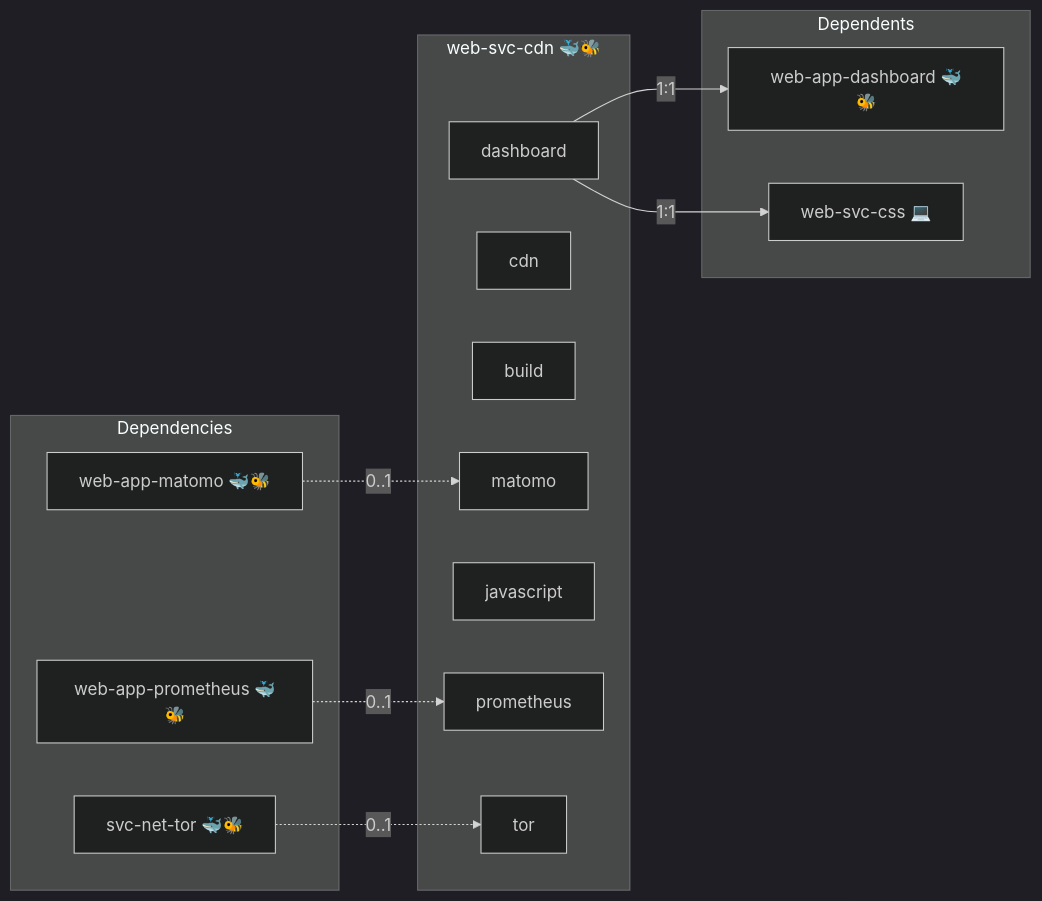
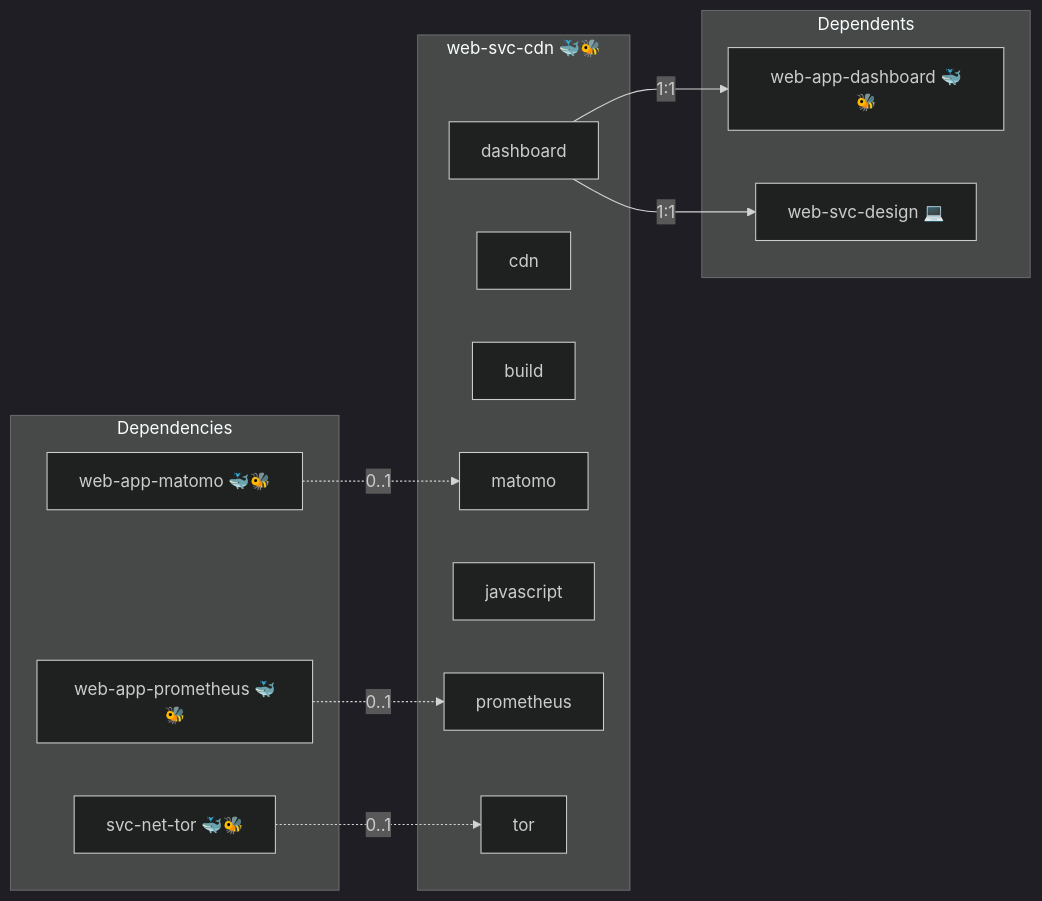
One commit to infinito-nexus/core changed the diagram in roles/web-svc-cdn/README.md. Above: the diagram before and after it, drawn with Mermaid (dark theme). The commit also changed 437 other files, not shown here.

````diff
--- a/roles/web-svc-cdn/README.md
+++ b/roles/web-svc-cdn/README.md
@@ -17,26 +17,26 @@
 ```mermaid
 flowchart LR
     subgraph deps [Dependencies]
         dep_svc_net_tor["svc-net-tor 🐳🐝"]
         dep_web_app_matomo["web-app-matomo 🐳🐝"]
         dep_web_app_prometheus["web-app-prometheus 🐳🐝"]
     end
     subgraph role [web-svc-cdn 🐳🐝]
         svc_dashboard["dashboard"]
         svc_cdn["cdn"]
         svc_build["build"]
         svc_matomo["matomo"]
         svc_javascript["javascript"]
         svc_prometheus["prometheus"]
         svc_tor["tor"]
     end
     subgraph dependents [Dependents]
         dpt_web_app_dashboard["web-app-dashboard 🐳🐝"]
-        dpt_web_svc_css["web-svc-css 💻"]
+        dpt_web_svc_design["web-svc-design 💻"]
     end
     dep_svc_net_tor -. "0..1" .-> svc_tor
     dep_web_app_matomo -. "0..1" .-> svc_matomo
     dep_web_app_prometheus -. "0..1" .-> svc_prometheus
     svc_dashboard -- "1:1" --> dpt_web_app_dashboard
-    svc_dashboard -- "1:1" --> dpt_web_svc_css
+    svc_dashboard -- "1:1" --> dpt_web_svc_design
 ```
````
